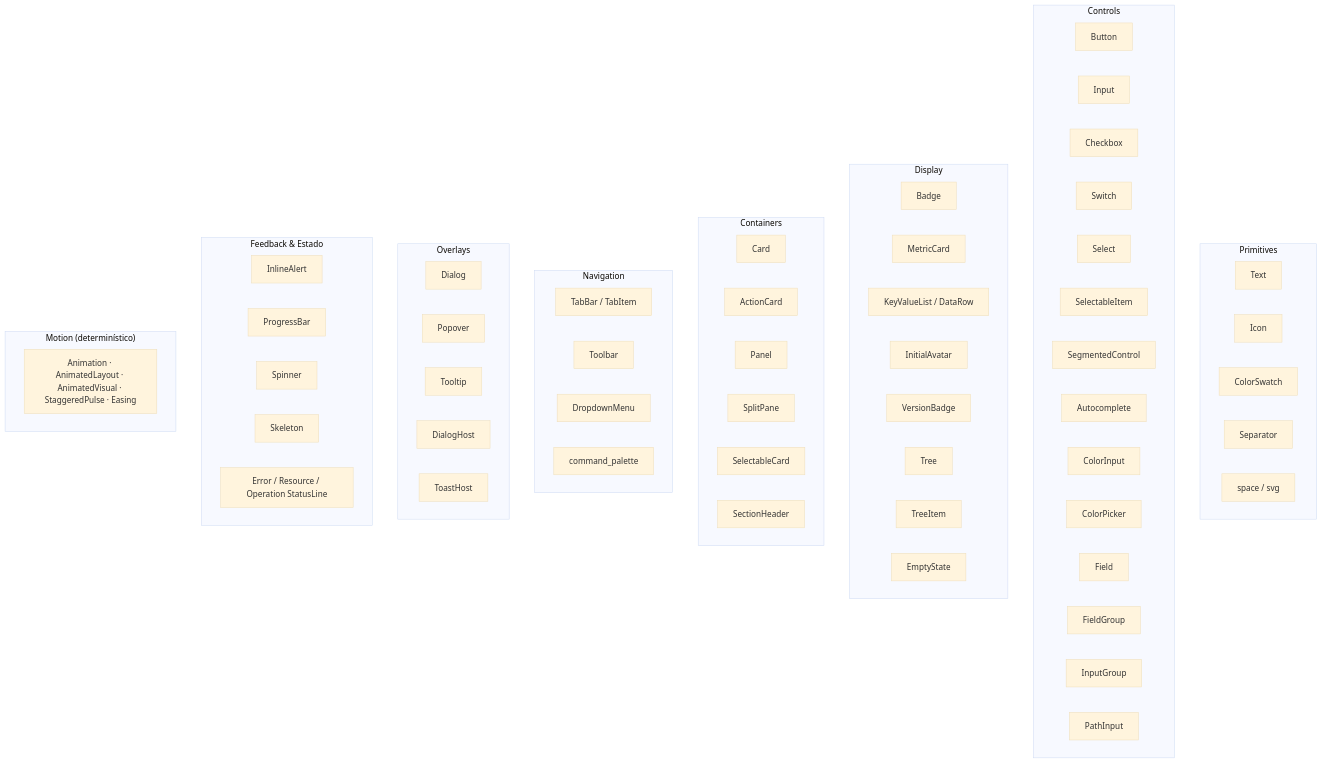
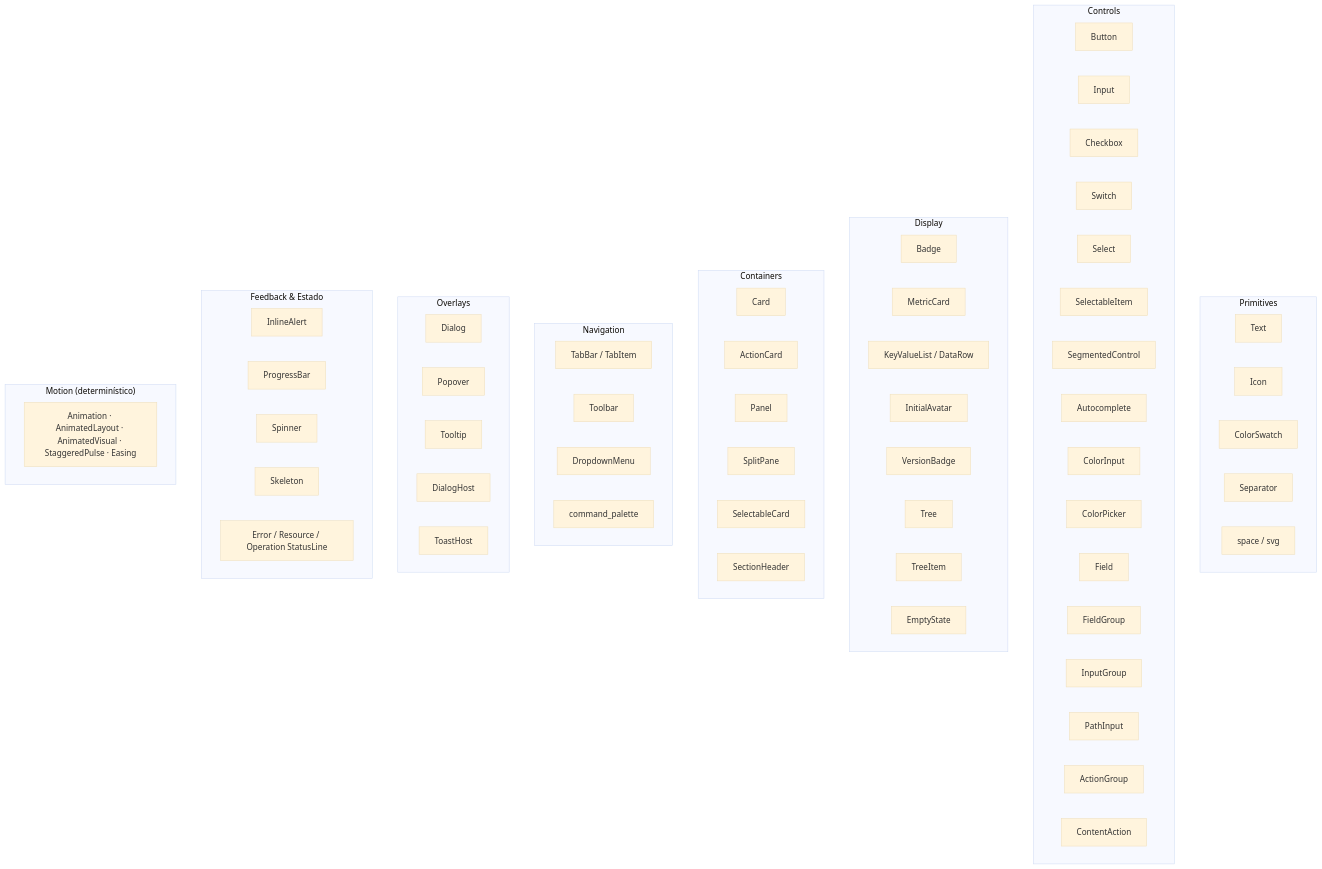
The third of 3 diagrams in docs/architecture/design-system.md (JirlanSouza/nive), drawn with Mermaid (base theme) before and after one commit. The commit also changed other lines of this file and 11 other files, not shown here.

Commit message:
docs: update examples and guides for card and action group migration

````diff
--- a/docs/architecture/design-system.md
+++ b/docs/architecture/design-system.md
@@ -239,68 +258,70 @@
 ```mermaid
 flowchart TB
     subgraph primitives["Primitives"]
         Text
         Icon
         ColorSwatch
         Separator
         SpaceSvg["space / svg"]
     end
     subgraph controls["Controls"]
         Button
         Input
         Checkbox
         Switch
         Select
         SelectableItem
         SegmentedControl
         Autocomplete
         ColorInput
         ColorPicker
         Field
         FieldGroup
         InputGroup
         PathInput
+        ActionGroup
+        ContentAction
     end
     subgraph display["Display"]
         Badge
         MetricCard
         KeyValueList["KeyValueList / DataRow"]
         InitialAvatar
         VersionBadge
         Tree
         TreeItem
         EmptyState
     end
     subgraph containers["Containers"]
         Card
         ActionCard
         Panel
         SplitPane
         SelectableCard
         SectionHeader
     end
     subgraph navigation["Navigation"]
         Tabs["TabBar / TabItem"]
         Toolbar
         DropdownMenu
         CommandPalette["command_palette"]
     end
     subgraph overlays["Overlays"]
         Dialog
         Popover
         Tooltip
         DialogHost
         ToastHost
     end
     subgraph feedback["Feedback & Estado"]
         InlineAlert
         ProgressBar
         Spinner
         Skeleton
         EmptyState
         StatusLines["Error / Resource / Operation StatusLine"]
     end
     subgraph motion["Motion (determinístico)"]
         Animation["Animation · AnimatedLayout · AnimatedVisual · StaggeredPulse · Easing"]
     end
 ```
````
